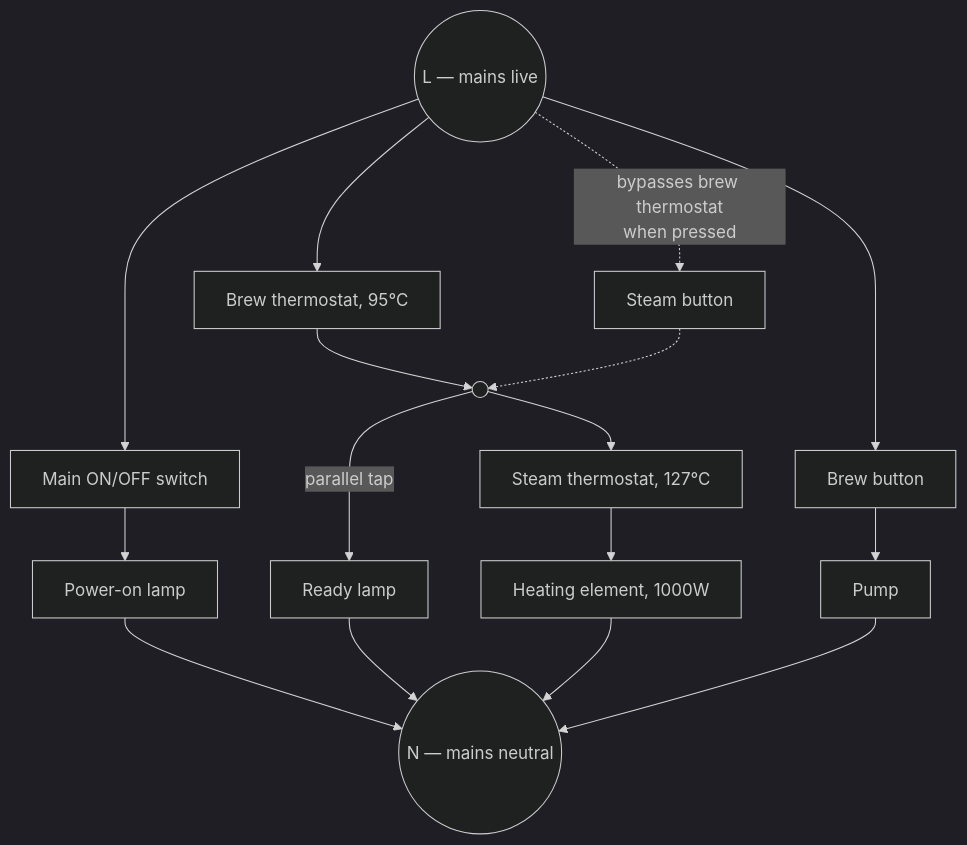
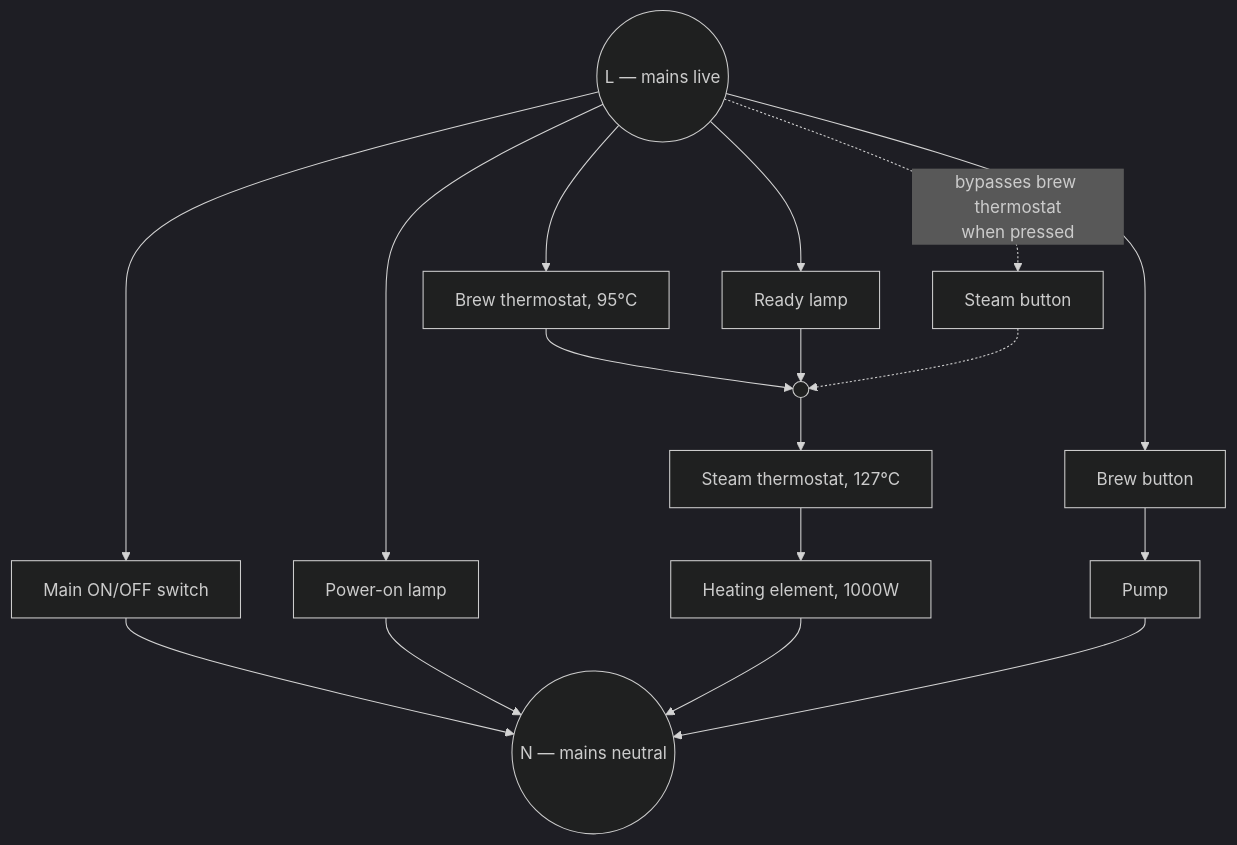
Before and after one commit to benykoren/gaggia-brew-master-esp: the first of 2 diagrams in docs/oem-manuals/README.md, drawn with Mermaid (dark theme). The commit also changed other lines of this file and 1 other file, not shown here.

````diff
--- a/docs/oem-manuals/README.md
+++ b/docs/oem-manuals/README.md
@@ -66,23 +67,25 @@
 ```mermaid
 flowchart TD
     L(("L — mains live"))
     N(("N — mains neutral"))
 
     L --> SW3["Main ON/OFF switch"]
-    SW3 --> LMP9["Power-on lamp"]
+    SW3 --> N
+
+    L --> LMP9["Power-on lamp"]
     LMP9 --> N
 
     L --> T4["Brew thermostat, 95°C"]
+    L --> LMP8["Ready lamp"]
     L -. "bypasses brew thermostat<br/>when pressed" .-> SW7["Steam button"]
     T4 --> J((" "))
+    LMP8 --> J
     SW7 -.-> J
-    J -- parallel tap --> LMP8["Ready lamp"]
-    LMP8 --> N
     J --> T6["Steam thermostat, 127°C"]
     T6 --> R5["Heating element, 1000W"]
     R5 --> N
 
     L --> SW10["Brew button"]
     SW10 --> PUMP1["Pump"]
     PUMP1 --> N
 ```
````
